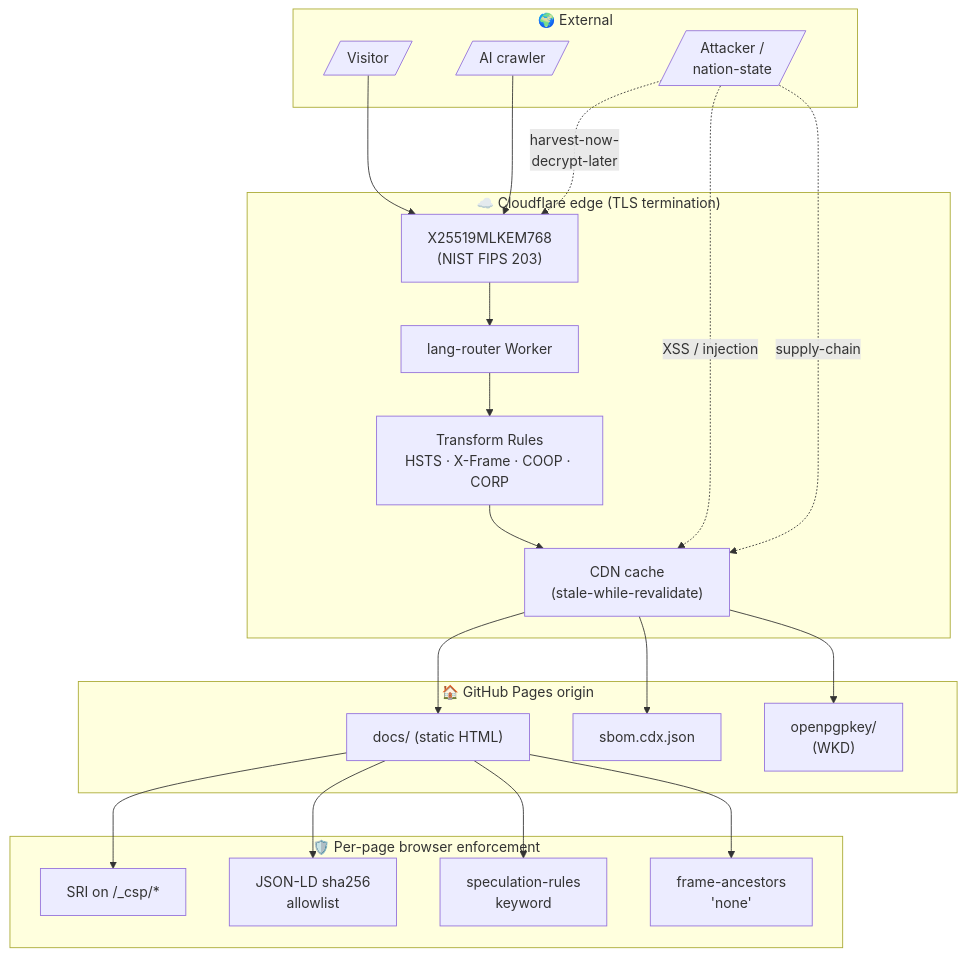
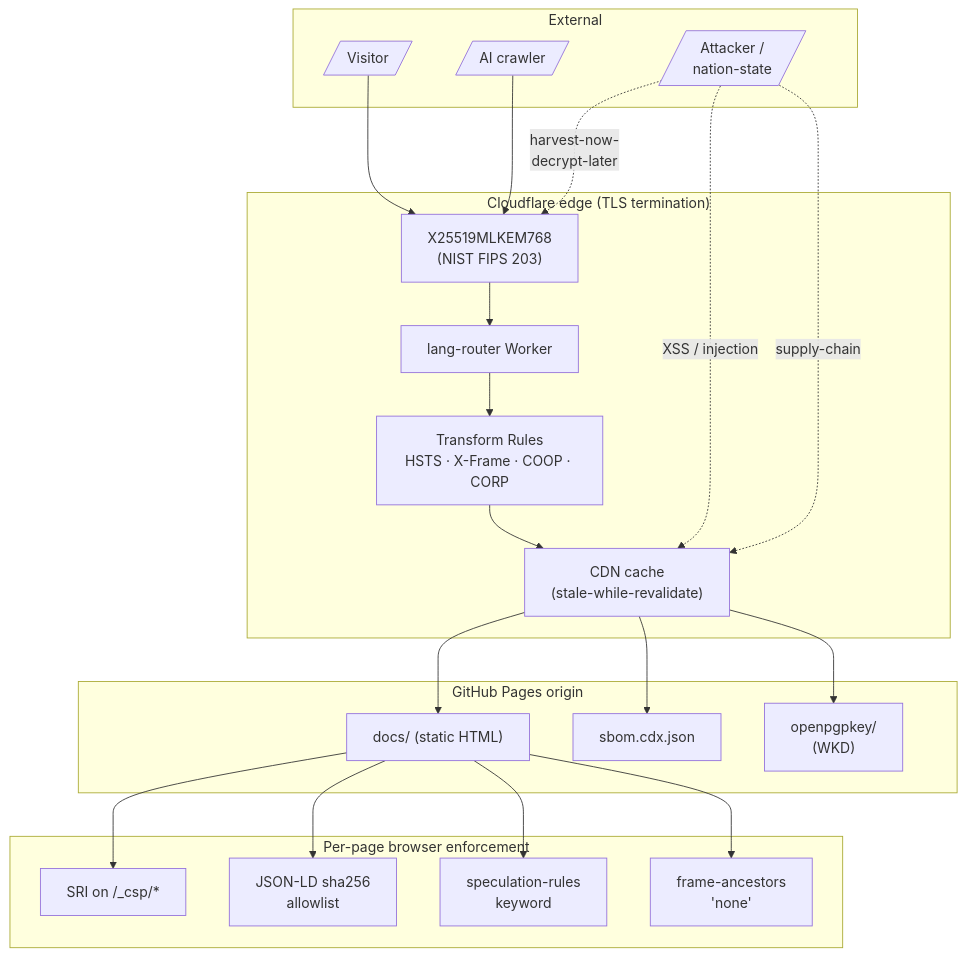
One commit to sebastienrousseau/sebastienrousseau.github.io changed the diagram in doc/SECURITY.md. Above: the diagram before and after it, drawn with Mermaid. The commit also changed other lines of this file and 6 other files, not shown here.

First line of the commit message:
docs: rename Shokunin → Static Site Generator + strip emoji from Mermaid diagrams

````diff
--- a/doc/SECURITY.md
+++ b/doc/SECURITY.md
@@ -23,44 +23,44 @@
 ```mermaid
 graph TB
-    subgraph EXT["🌍 External"]
+    subgraph EXT["External"]
         V[/"Visitor"/]
         AI[/"AI crawler"/]
         ATK[/"Attacker /<br/>nation-state"/]
     end
 
-    subgraph EDGE["☁️ Cloudflare edge (TLS termination)"]
+    subgraph EDGE["Cloudflare edge (TLS termination)"]
         PQ["X25519MLKEM768<br/>(NIST FIPS 203)"]
         CFW["lang-router Worker"]
         TR["Transform Rules<br/>HSTS · X-Frame · COOP · CORP"]
         CDN["CDN cache<br/>(stale-while-revalidate)"]
     end
 
-    subgraph ORIG["🏠 GitHub Pages origin"]
+    subgraph ORIG["GitHub Pages origin"]
         H["docs/ (static HTML)"]
         SBOM["sbom.cdx.json"]
         WKD["openpgpkey/<br/>(WKD)"]
     end
 
-    subgraph CSP["🛡️ Per-page browser enforcement"]
+    subgraph CSP["Per-page browser enforcement"]
         SRI["SRI on /_csp/*"]
         JLD["JSON-LD sha256<br/>allowlist"]
         SR["speculation-rules<br/>keyword"]
         FA["frame-ancestors<br/>'none'"]
     end
 
     V --> PQ
     AI --> PQ
     ATK -.->|harvest-now-<br/>decrypt-later| PQ
     ATK -.->|XSS / injection| CDN
     ATK -.->|supply-chain| CDN
     PQ --> CFW
     CFW --> TR
     TR --> CDN
     CDN --> H
     CDN --> SBOM
     CDN --> WKD
     H --> SRI
     H --> JLD
     H --> SR
     H --> FA
 ```
````
